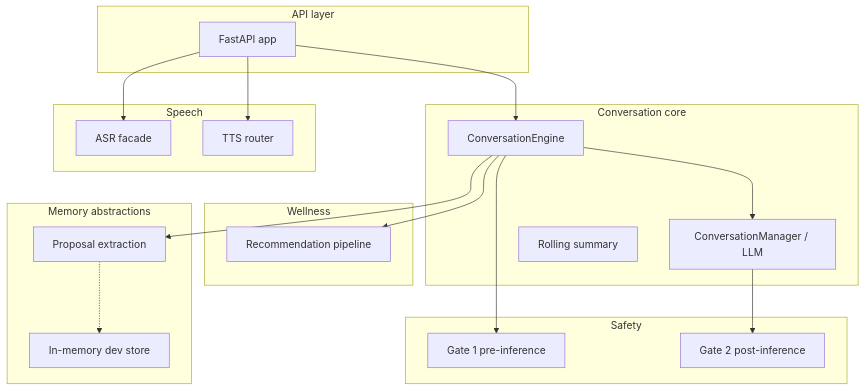
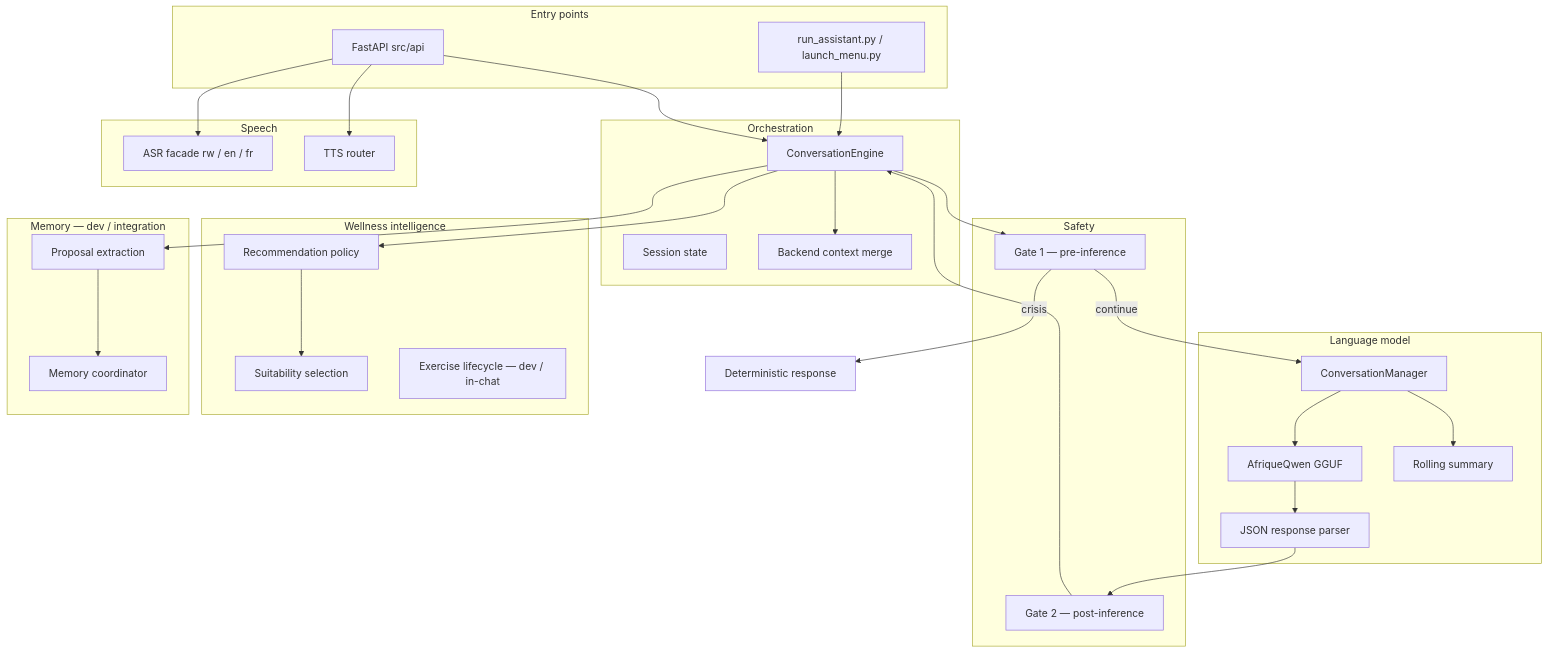
The second of 2 diagrams in README.md (Mindora-AI/ai_engine), drawn with Mermaid before and after one commit. The commit also changed other lines of this file and 30 other files, not shown here.

````diff
--- a/README.md
+++ b/README.md
@@ -43,35 +144,49 @@
 ```mermaid
 flowchart TB
-  subgraph api [API layer]
-    HTTP[FastAPI app]
+  subgraph entry [Entry points]
+    CLI[run_assistant.py / launch_menu.py]
+    HTTP[FastAPI src/api]
   end
-  subgraph core [Conversation core]
+  subgraph orchestration [Orchestration]
     CE[ConversationEngine]
-    CM[ConversationManager / LLM]
-    SUM[Rolling summary]
+    SESS[Session state]
+    CTX[Backend context merge]
   end
-  subgraph safety [Safety]
-    G1[Gate 1 pre-inference]
-    G2[Gate 2 post-inference]
+  subgraph llm [Language model]
+    CM[ConversationManager]
+    AQ[AfriqueQwen GGUF]
+    PARSE[JSON response parser]
+    RS[Rolling summary]
   end
-  subgraph wellness [Wellness]
-    REC[Recommendation pipeline]
+  subgraph guard [Safety]
+    G1[Gate 1 — pre-inference]
+    G2[Gate 2 — post-inference]
+  end
+  subgraph wellness [Wellness intelligence]
+    POL[Recommendation policy]
+    SUIT[Suitability selection]
+    LIFE[Exercise lifecycle — dev / in-chat]
+  end
+  subgraph mem [Memory — dev / integration]
+    EXT[Proposal extraction]
+    COORD[Memory coordinator]
   end
   subgraph speech [Speech]
-    ASR[ASR facade]
+    ASR[ASR facade rw / en / fr]
     TTS[TTS router]
   end
-  subgraph mem [Memory abstractions]
-    PROP[Proposal extraction]
-    DEV[In-memory dev store]
-  end
+  CLI --> CE
   HTTP --> CE
+  CE --> CTX
   CE --> G1
-  CE --> CM
-  CM --> G2
-  CE --> REC
-  CE --> PROP
+  G1 -->|crisis| DET[Deterministic response]
+  G1 -->|continue| CM
+  CM --> AQ
+  AQ --> PARSE --> G2
+  G2 --> CE
+  CE --> POL --> SUIT
+  CE --> EXT --> COORD
   HTTP --> ASR
   HTTP --> TTS
-  PROP -.-> DEV
+  CM --> RS
 ```
````
